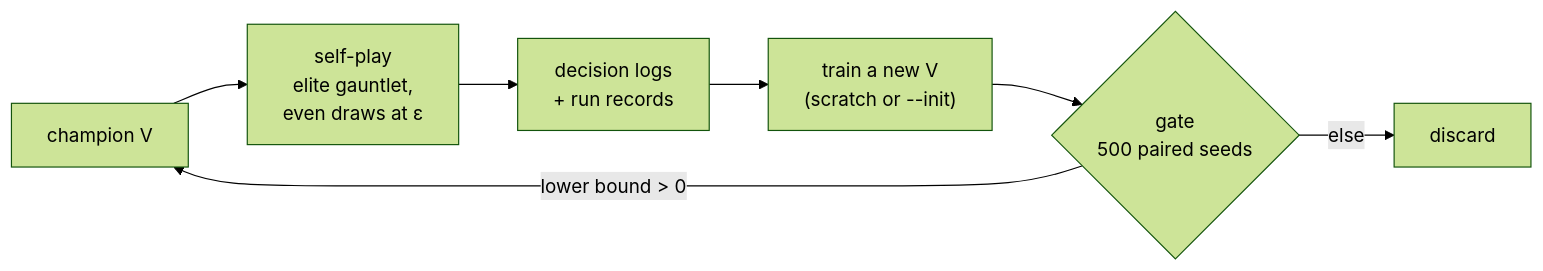
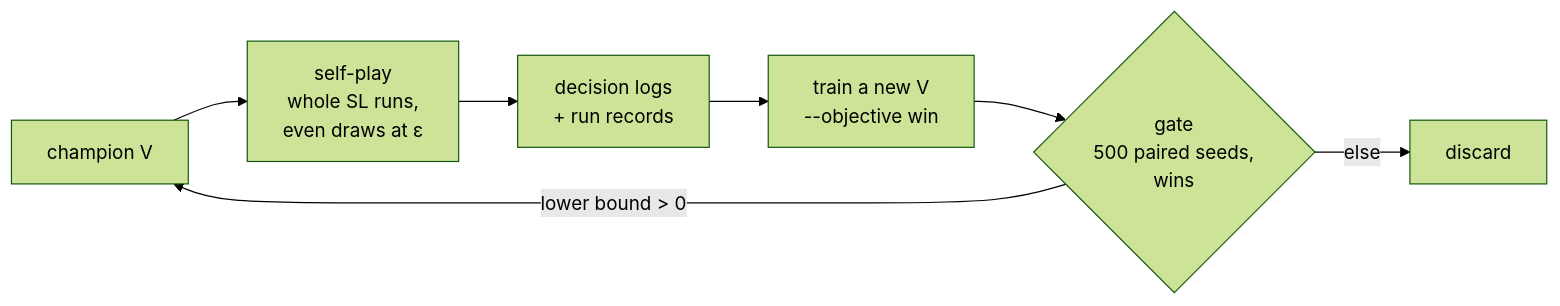
One commit to shinnku-nikaidou/spire-zero changed the diagram in docs/src/content/docs/en/arch/macro-brain/selfplay.mdx. Above: the diagram before and after it, drawn with Mermaid (forest theme). The commit also changed other lines of this file and 71 other files, not shown here.

````diff
--- a/docs/src/content/docs/en/arch/macro-brain/selfplay.mdx
+++ b/docs/src/content/docs/en/arch/macro-brain/selfplay.mdx
@@ -13,9 +13,9 @@
 ```mermaid
 flowchart LR
-  C["champion V"] --> P["self-play<br/>elite gauntlet,<br/>even draws at ε"]
+  C["champion V"] --> P["self-play<br/>whole SL runs,<br/>even draws at ε"]
   P --> D["decision logs<br/>+ run records"]
-  D --> T["train a new V<br/>(scratch or --init)"]
-  T --> G{"gate<br/>500 paired seeds"}
+  D --> T["train a new V<br/>--objective win"]
+  T --> G{"gate<br/>500 paired seeds,<br/>wins"}
   G -->|"lower bound > 0"| C
   G -->|"else"| X["discard"]
 ```
````
